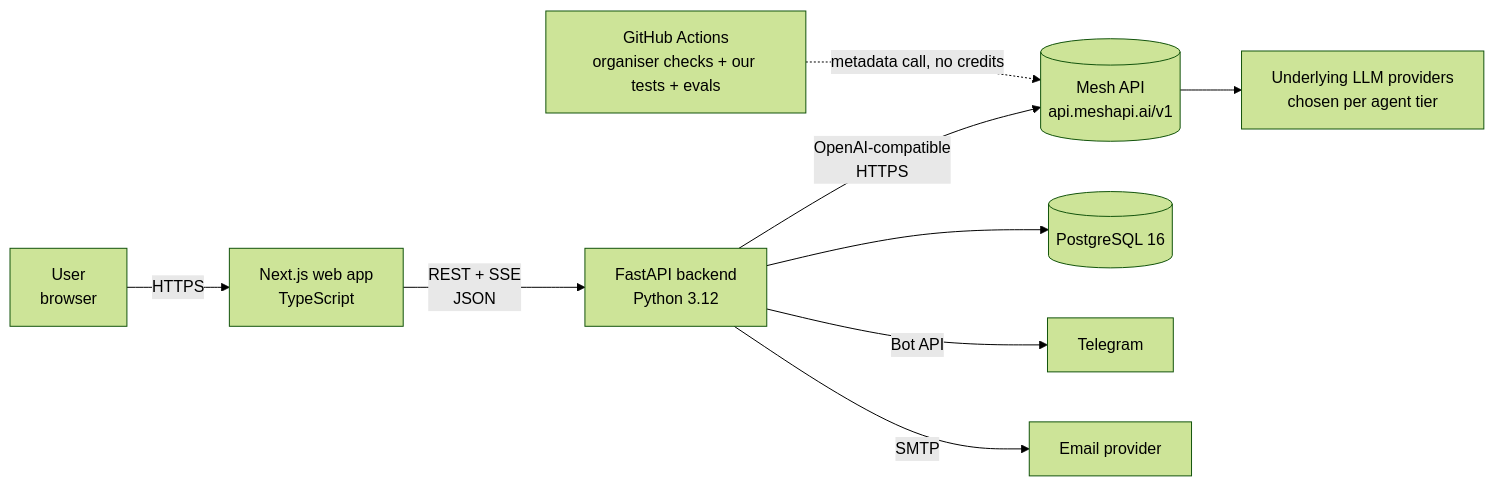
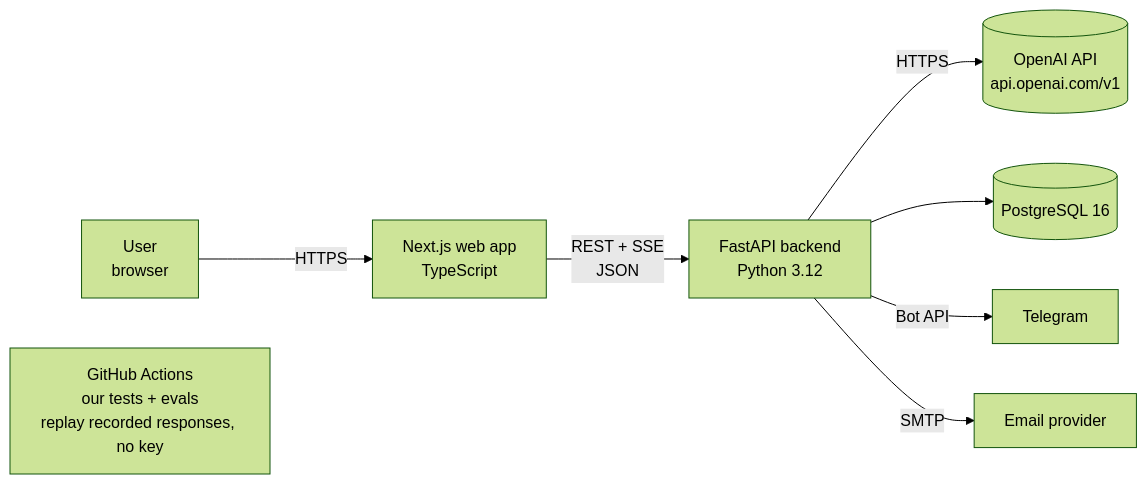
The first of 8 diagrams in docs/05-SYSTEM-ARCHITECTURE.md (olaheavy-dev/Foresight), drawn with Mermaid (forest theme) before and after one commit. The commit also changed other lines of this file and 1031 other files, not shown here.

First line of the commit message:
Remove the Mesh route: OpenAI is the only provider

````diff
--- a/docs/05-SYSTEM-ARCHITECTURE.md
+++ b/docs/05-SYSTEM-ARCHITECTURE.md
@@ -27,11 +29,10 @@
 ```mermaid
 flowchart LR
     U[User<br/>browser] -->|HTTPS| WEB[Next.js web app<br/>TypeScript]
     WEB -->|REST + SSE<br/>JSON| API[FastAPI backend<br/>Python 3.12]
-    API -->|OpenAI-compatible<br/>HTTPS| MESH[(Mesh API<br/>api.meshapi.ai/v1)]
+    API -->|HTTPS| MESH[(OpenAI API<br/>api.openai.com/v1)]
     API --> DB[(PostgreSQL 16)]
     API -->|Bot API| TG[Telegram]
     API -->|SMTP| MAIL[Email provider]
-    MESH --> LLMS[Underlying LLM providers<br/>chosen per agent tier]
-    CI[GitHub Actions<br/>organiser checks + our tests + evals] -.->|metadata call, no credits| MESH
+    CI[GitHub Actions<br/>our tests + evals<br/>replay recorded responses, no key]
 ```
````
